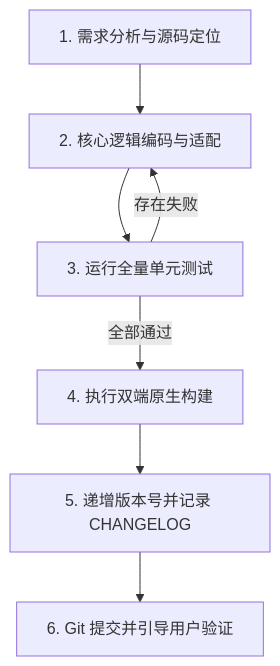
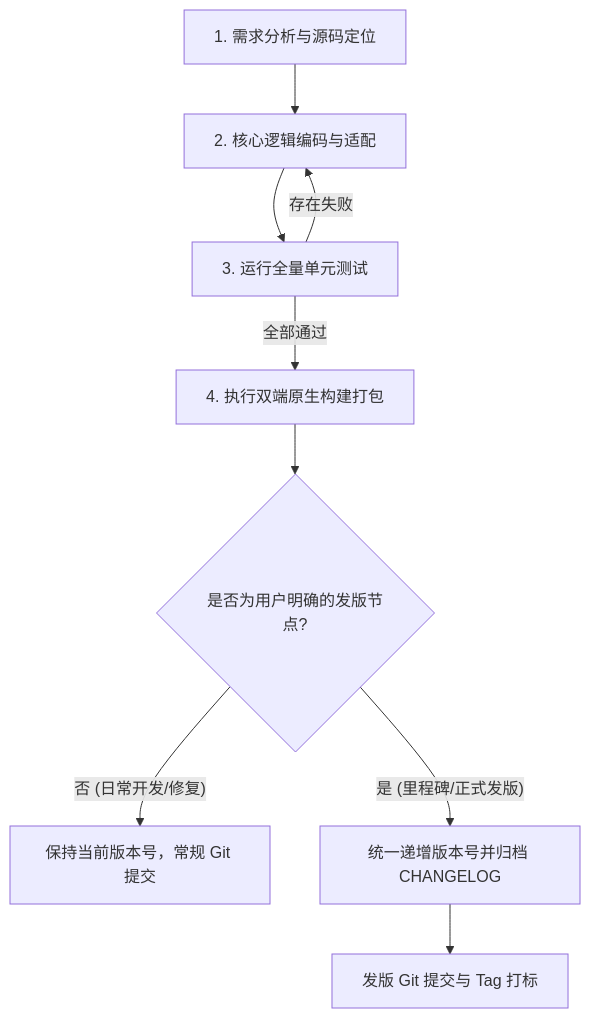
The diagram in AGENTS.md (lazy-mantou/HistoryGuard), drawn with Mermaid before and after one commit. The commit also changed other lines of this file and 4 other files, not shown here.

````diff
--- a/AGENTS.md
+++ b/AGENTS.md
@@ -92,9 +92,11 @@
 ```mermaid
 graph TD
     A[1. 需求分析与源码定位] --> B[2. 核心逻辑编码与适配]
     B --> C[3. 运行全量单元测试]
     C -- 存在失败 --> B
-    C -- 全部通过 --> D[4. 执行双端原生构建]
-    D --> E[5. 递增版本号并记录 CHANGELOG]
-    E --> F[6. Git 提交并引导用户验证]
+    C -- 全部通过 --> D[4. 执行双端原生构建打包]
+    D --> E{是否为用户明确的发版节点?}
+    E -- 否 (日常开发/修复) --> F[保持当前版本号，常规 Git 提交]
+    E -- 是 (里程碑/正式发版) --> G[统一递增版本号并归档 CHANGELOG]
+    G --> H[发版 Git 提交与 Tag 打标]
 ```
````
